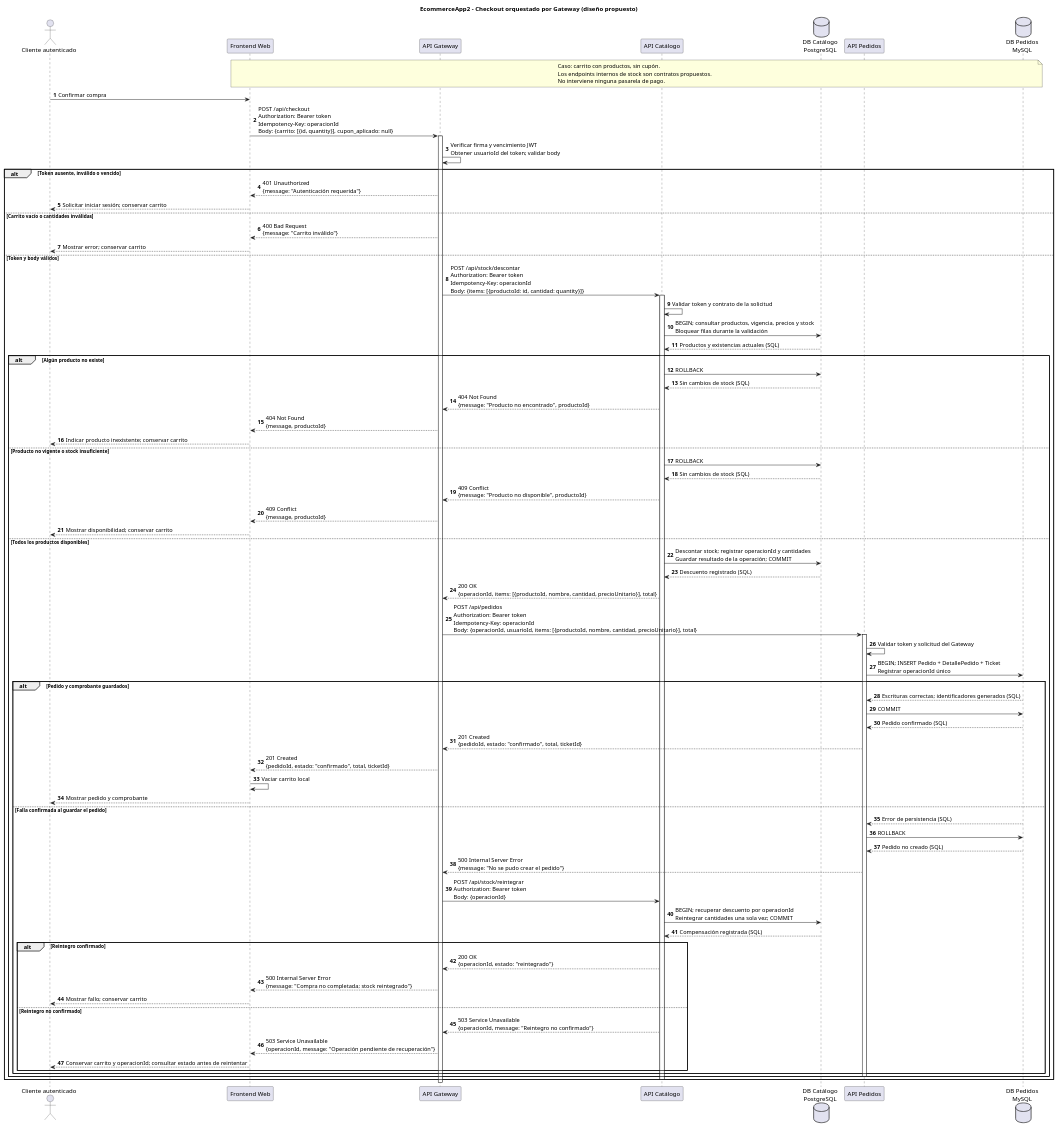
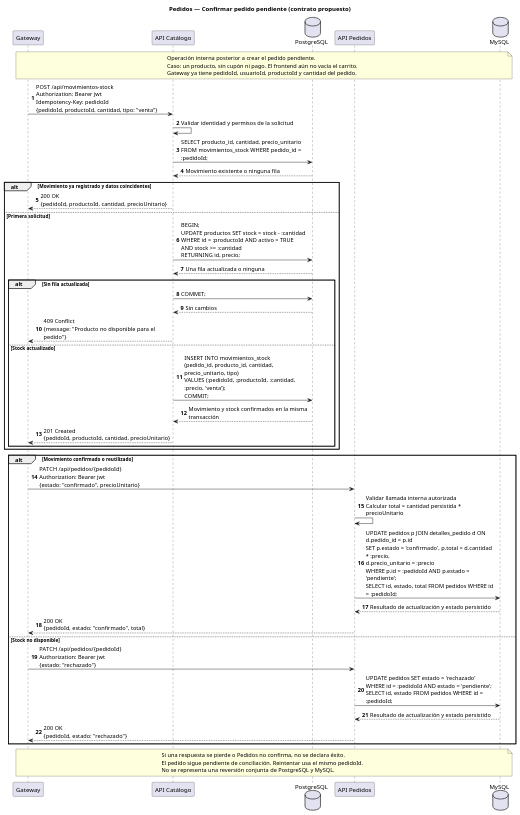
One commit to ignaci0vidal/pp3-Arquitectura-y-secuencias-del-sistema changed the fourth of 4 diagrams in README.md. Above: the diagram before and after it, drawn with PlantUML. The commit also changed other lines of this file and 19 other files, not shown here.

````diff
--- a/README.md
+++ b/README.md
@@ -291,90 +269,55 @@
 ```plantuml
 @startuml
-title EcommerceApp2 - Checkout orquestado por Gateway (diseño propuesto)
+skinparam defaultFontName SansSerif
+skinparam shadowing false
+skinparam maxMessageSize 300
 autonumber
-actor "Cliente autenticado" as Usuario
-participant "Frontend Web" as Front
-participant "API Gateway" as Gateway
-participant "API Catálogo" as Catalog
-database "DB Catálogo\nPostgreSQL" as DBCatalog
-participant "API Pedidos" as Orders
-database "DB Pedidos\nMySQL" as DBOrders
-
-note over Front,DBOrders
-Caso: carrito con productos, sin cupón.
-Los endpoints internos de stock son contratos propuestos.
-No interviene ninguna pasarela de pago.
+title Pedidos — Confirmar pedido pendiente (contrato propuesto)
+participant "Gateway" as G
+participant "API Catálogo" as C
+database "PostgreSQL" as DC
+participant "API Pedidos" as P
+database "MySQL" as DP
+note over G,DP
+Operación interna posterior a crear el pedido pendiente.
+Caso: un producto, sin cupón ni pago. El frontend aún no vacía el carrito.
+Gateway ya tiene pedidoId, usuarioId, productoId y cantidad del pedido.
 end note
-
-Usuario -> Front: Confirmar compra
-Front -> Gateway: POST /api/checkout\nAuthorization: Bearer token\nIdempotency-Key: operacionId\nBody: {carrito: [{id, quantity}], cupon_aplicado: null}
-activate Gateway
-Gateway -> Gateway: Verificar firma y vencimiento JWT\nObtener usuarioId del token; validar body
-
-alt Token ausente, inválido o vencido
-    Gateway --> Front: 401 Unauthorized\n{message: "Autenticación requerida"}
-    Front --> Usuario: Solicitar iniciar sesión; conservar carrito
-else Carrito vacío o cantidades inválidas
-    Gateway --> Front: 400 Bad Request\n{message: "Carrito inválido"}
-    Front --> Usuario: Mostrar error; conservar carrito
-else Token y body válidos
-    Gateway -> Catalog: POST /api/stock/descontar\nAuthorization: Bearer token\nIdempotency-Key: operacionId\nBody: {items: [{productoId: id, cantidad: quantity}]}
-    activate Catalog
-    Catalog -> Catalog: Validar token y contrato de la solicitud
-    Catalog -> DBCatalog: BEGIN; consultar productos, vigencia, precios y stock\nBloquear filas durante la validación
-    DBCatalog --> Catalog: Productos y existencias actuales (SQL)
-
-    alt Algún producto no existe
-        Catalog -> DBCatalog: ROLLBACK
-        DBCatalog --> Catalog: Sin cambios de stock (SQL)
-        Catalog --> Gateway: 404 Not Found\n{message: "Producto no encontrado", productoId}
-        Gateway --> Front: 404 Not Found\n{message, productoId}
-        Front --> Usuario: Indicar producto inexistente; conservar carrito
-    else Producto no vigente o stock insuficiente
-        Catalog -> DBCatalog: ROLLBACK
-        DBCatalog --> Catalog: Sin cambios de stock (SQL)
-        Catalog --> Gateway: 409 Conflict\n{message: "Producto no disponible", productoId}
-        Gateway --> Front: 409 Conflict\n{message, productoId}
-        Front --> Usuario: Mostrar disponibilidad; conservar carrito
-    else Todos los productos disponibles
-        Catalog -> DBCatalog: Descontar stock; registrar operacionId y cantidades\nGuardar resultado de la operación; COMMIT
-        DBCatalog --> Catalog: Descuento registrado (SQL)
-        Catalog --> Gateway: 200 OK\n{operacionId, items: [{productoId, nombre, cantidad, precioUnitario}], total}
-
-        Gateway -> Orders: POST /api/pedidos\nAuthorization: Bearer token\nIdempotency-Key: operacionId\nBody: {operacionId, usuarioId, items: [{productoId, nombre, cantidad, precioUnitario}], total}
-        activate Orders
-        Orders -> Orders: Validar token y solicitud del Gateway
-        Orders -> DBOrders: BEGIN; INSERT Pedido + DetallePedido + Ticket\nRegistrar operacionId único
-        alt Pedido y comprobante guardados
-            DBOrders --> Orders: Escrituras correctas; identificadores generados (SQL)
-            Orders -> DBOrders: COMMIT
-            DBOrders --> Orders: Pedido confirmado (SQL)
-            Orders --> Gateway: 201 Created\n{pedidoId, estado: "confirmado", total, ticketId}
-            Gateway --> Front: 201 Created\n{pedidoId, estado: "confirmado", total, ticketId}
-            Front -> Front: Vaciar carrito local
-            Front --> Usuario: Mostrar pedido y comprobante
-        else Falla confirmada al guardar el pedido
-            DBOrders --> Orders: Error de persistencia (SQL)
-            Orders -> DBOrders: ROLLBACK
-            DBOrders --> Orders: Pedido no creado (SQL)
-            Orders --> Gateway: 500 Internal Server Error\n{message: "No se pudo crear el pedido"}
-            Gateway -> Catalog: POST /api/stock/reintegrar\nAuthorization: Bearer token\nBody: {operacionId}
-            Catalog -> DBCatalog: BEGIN; recuperar descuento por operacionId\nReintegrar cantidades una sola vez; COMMIT
-            DBCatalog --> Catalog: Compensación registrada (SQL)
-            alt Reintegro confirmado
-                Catalog --> Gateway: 200 OK\n{operacionId, estado: "reintegrado"}
-                Gateway --> Front: 500 Internal Server Error\n{message: "Compra no completada; stock reintegrado"}
-                Front --> Usuario: Mostrar fallo; conservar carrito
-            else Reintegro no confirmado
-                Catalog --> Gateway: 503 Service Unavailable\n{operacionId, message: "Reintegro no confirmado"}
-                Gateway --> Front: 503 Service Unavailable\n{operacionId, message: "Operación pendiente de recuperación"}
-                Front --> Usuario: Conservar carrito y operacionId; consultar estado antes de reintentar
-            end
-        end
-        deactivate Orders
-    end
-    deactivate Catalog
+G -> C: POST /api/movimientos-stock\nAuthorization: Bearer jwt\nIdempotency-Key: pedidoId\n{pedidoId, productoId, cantidad, tipo: "venta"}
+C -> C: Validar identidad y permisos de la solicitud
+C -> DC: SELECT producto_id, cantidad, precio_unitario\nFROM movimientos_stock WHERE pedido_id = :pedidoId;
+DC --> C: Movimiento existente o ninguna fila
+alt Movimiento ya registrado y datos coincidentes
+ C --> G: 200 OK\n{pedidoId, productoId, cantidad, precioUnitario}
+else Primera solicitud
+ C -> DC: BEGIN;\nUPDATE productos SET stock = stock - :cantidad\nWHERE id = :productoId AND activo = TRUE\nAND stock >= :cantidad\nRETURNING id, precio;
+ DC --> C: Una fila actualizada o ninguna
+ alt Sin fila actualizada
+  C -> DC: COMMIT;
+  DC --> C: Sin cambios
+  C --> G: 409 Conflict\n{message: "Producto no disponible para el pedido"}
+ else Stock actualizado
+  C -> DC: INSERT INTO movimientos_stock\n(pedido_id, producto_id, cantidad, precio_unitario, tipo)\nVALUES (:pedidoId, :productoId, :cantidad, :precio, 'venta');\nCOMMIT;
+  DC --> C: Movimiento y stock confirmados en la misma transacción
+  C --> G: 201 Created\n{pedidoId, productoId, cantidad, precioUnitario}
+ end
 end
-deactivate Gateway
+alt Movimiento confirmado o reutilizado
+ G -> P: PATCH /api/pedidos/{pedidoId}\nAuthorization: Bearer jwt\n{estado: "confirmado", precioUnitario}
+ P -> P: Validar llamada interna autorizada\nCalcular total = cantidad persistida * precioUnitario
+ P -> DP: UPDATE pedidos p JOIN detalles_pedido d ON d.pedido_id = p.id\nSET p.estado = 'confirmado', p.total = d.cantidad * :precio,\nd.precio_unitario = :precio\nWHERE p.id = :pedidoId AND p.estado = 'pendiente';\nSELECT id, estado, total FROM pedidos WHERE id = :pedidoId;
+ DP --> P: Resultado de actualización y estado persistido
+ P --> G: 200 OK\n{pedidoId, estado: "confirmado", total}
+else Stock no disponible
+ G -> P: PATCH /api/pedidos/{pedidoId}\nAuthorization: Bearer jwt\n{estado: "rechazado"}
+ P -> DP: UPDATE pedidos SET estado = 'rechazado'\nWHERE id = :pedidoId AND estado = 'pendiente';\nSELECT id, estado FROM pedidos WHERE id = :pedidoId;
+ DP --> P: Resultado de actualización y estado persistido
+ P --> G: 200 OK\n{pedidoId, estado: "rechazado"}
+end
+note over G,DP
+Si una respuesta se pierde o Pedidos no confirma, no se declara éxito.
+El pedido sigue pendiente de conciliación. Reintentar usa el mismo pedidoId.
+No se representa una reversión conjunta de PostgreSQL y MySQL.
+end note
 @enduml
 ```
````
